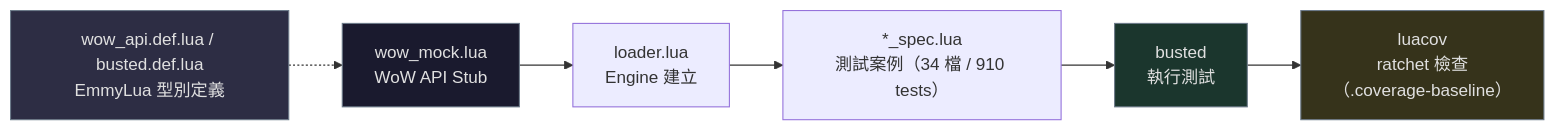
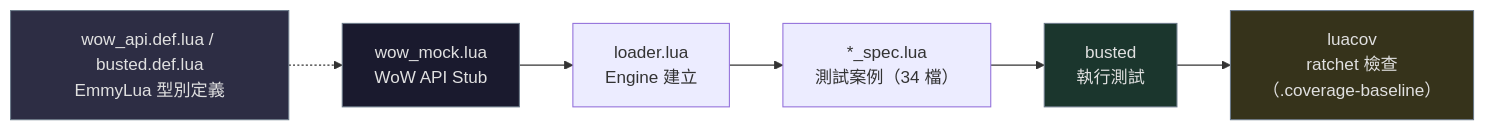
One commit to Neal75418/lunar-ui changed the second of 2 diagrams in CLAUDE.md. Above: the diagram before and after it, drawn with Mermaid. The commit also changed other lines of this file, not shown here.

````diff
--- a/CLAUDE.md
+++ b/CLAUDE.md
@@ -170,13 +193,13 @@
 ```mermaid
 graph LR
     TypeDef["wow_api.def.lua / busted.def.lua<br/>EmmyLua 型別定義"] -.-> Mock
     Mock["wow_mock.lua<br/>WoW API Stub"] --> Loader["loader.lua<br/>Engine 建立"]
-    Loader --> Spec["*_spec.lua<br/>測試案例（34 檔 / 910 tests）"]
+    Loader --> Spec["*_spec.lua<br/>測試案例（34 檔）"]
     Spec --> Busted["busted<br/>執行測試"]
     Busted --> Cov["luacov<br/>ratchet 檢查<br/>（.coverage-baseline）"]
 
     style TypeDef fill:#2d2d44,stroke:#6c7a89,color:#e0e0e0
     style Mock fill:#1a1a2e,stroke:#6c7a89,color:#e0e0e0
     style Busted fill:#1b362d,stroke:#6c7a89,color:#e0e0e0
     style Cov fill:#36331b,stroke:#6c7a89,color:#e0e0e0
 ```
````
